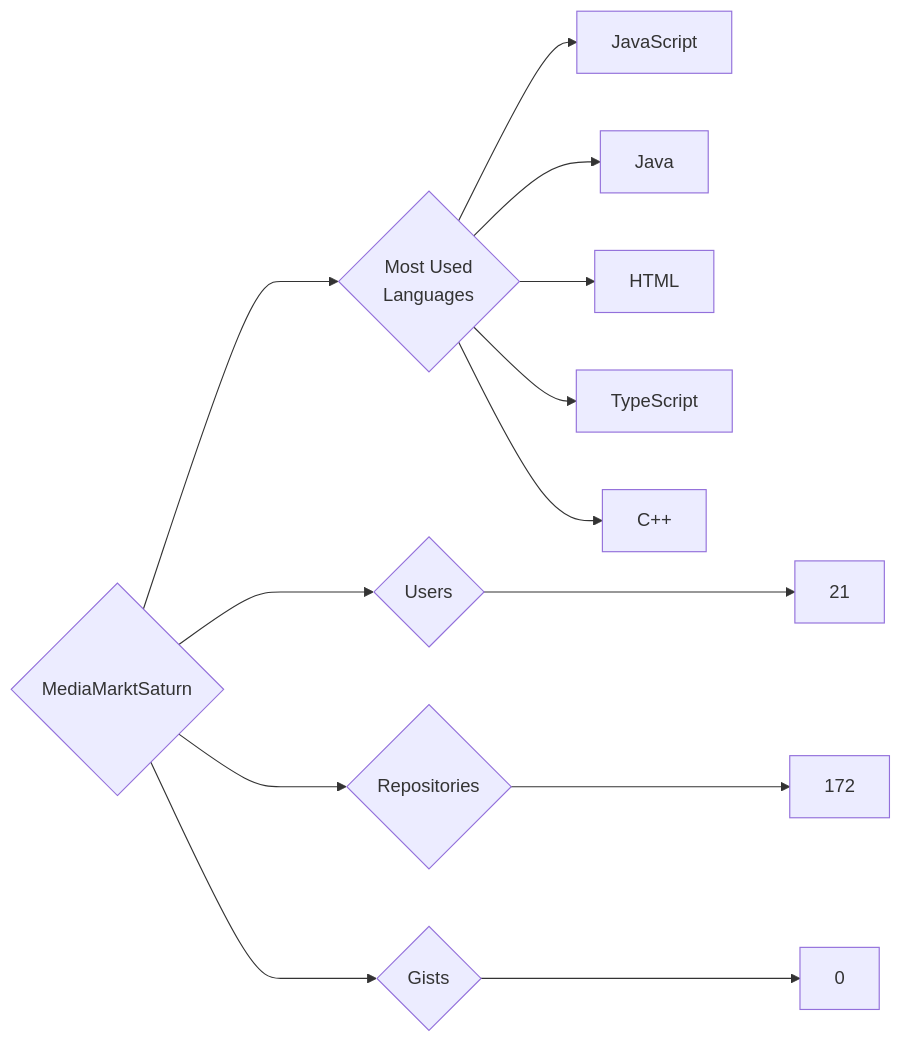
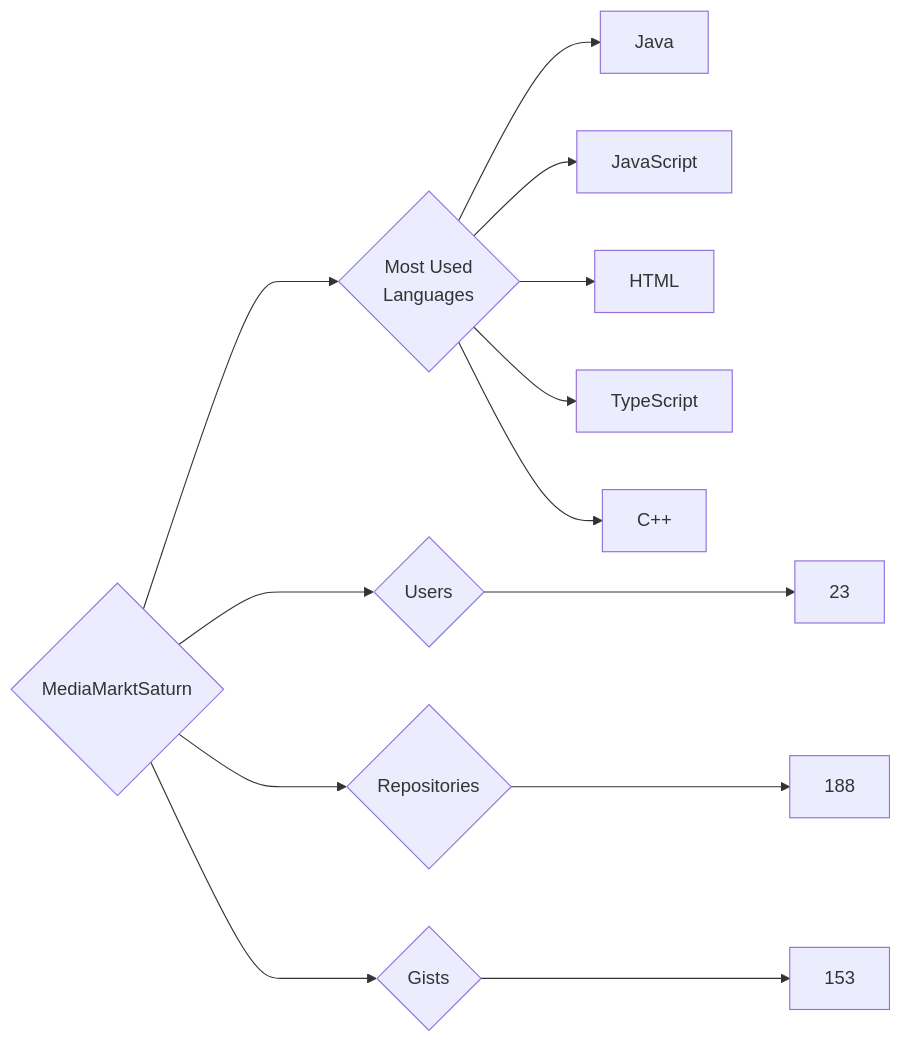
The diagram in targets/MediaMarktSaturn/README.md (trickest/insiders), drawn with Mermaid before and after one commit. The commit also changed 912 other files, not shown here.

````diff
--- a/targets/MediaMarktSaturn/README.md
+++ b/targets/MediaMarktSaturn/README.md
@@ -3,13 +3,13 @@
 ```mermaid
 graph LR
 COMPANY_NAME{MediaMarktSaturn}
-COMPANY_NAME ---> U{Users} ---> UN[21]
-COMPANY_NAME ---> R{Repositories} ---> RN[172]
-COMPANY_NAME ---> G{Gists} ---> GN[0]
+COMPANY_NAME ---> U{Users} ---> UN[23]
+COMPANY_NAME ---> R{Repositories} ---> RN[188]
+COMPANY_NAME ---> G{Gists} ---> GN[153]
 COMPANY_NAME ---> ML{Most Used<br>Languages}
+ML --> Java[Java]
 ML --> JavaScript[JavaScript]
-ML --> Java[Java]
 ML --> HTML[HTML]
 ML --> TypeScript[TypeScript]
 ML --> C++[C++]
 ```
````
